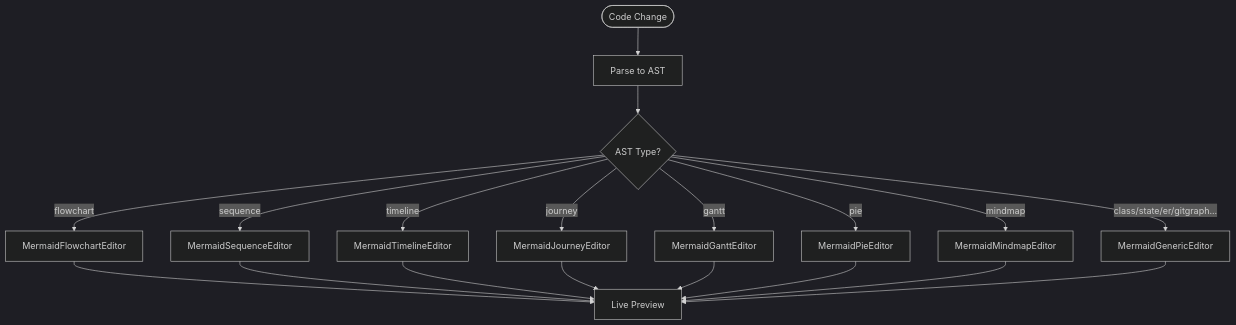
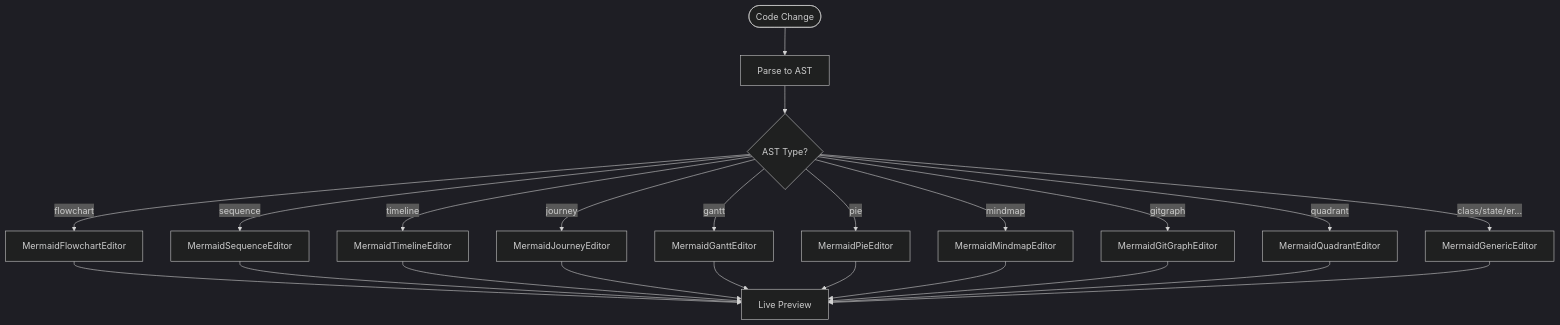
The fourth of 8 diagrams in .qoder/repowiki/en/content/Template System and Snippets.md (ongchonghian/universal-diagram-editor), drawn with Mermaid (dark theme) before and after one commit. The commit also changed other lines of this file and 66 other files, not shown here.

First line of the commit message:
refactor: modernize codebase with Vite build system and modular React architecture

````diff
--- a/.qoder/repowiki/en/content/Template System and Snippets.md
+++ b/.qoder/repowiki/en/content/Template System and Snippets.md
@@ -206,21 +245,25 @@
 ```mermaid
 flowchart TD
 Start(["Code Change"]) --> Parse["Parse to AST"]
 Parse --> Type{"AST Type?"}
 Type --> |flowchart| Flow["MermaidFlowchartEditor"]
 Type --> |sequence| Seq["MermaidSequenceEditor"]
 Type --> |timeline| TL["MermaidTimelineEditor"]
 Type --> |journey| Jour["MermaidJourneyEditor"]
 Type --> |gantt| Gantt["MermaidGanttEditor"]
 Type --> |pie| Pie["MermaidPieEditor"]
 Type --> |mindmap| Mind["MermaidMindmapEditor"]
-Type --> |class/state/er/gitgraph...| Gen["MermaidGenericEditor"]
+Type --> |gitgraph| Git["MermaidGitGraphEditor"]
+Type --> |quadrant| Quad["MermaidQuadrantEditor"]
+Type --> |class/state/er...| Gen["MermaidGenericEditor"]
 Flow --> Preview["Live Preview"]
 Seq --> Preview
 TL --> Preview
 Jour --> Preview
 Gantt --> Preview
 Pie --> Preview
 Mind --> Preview
+Git --> Preview
+Quad --> Preview
 Gen --> Preview
 ```
````
